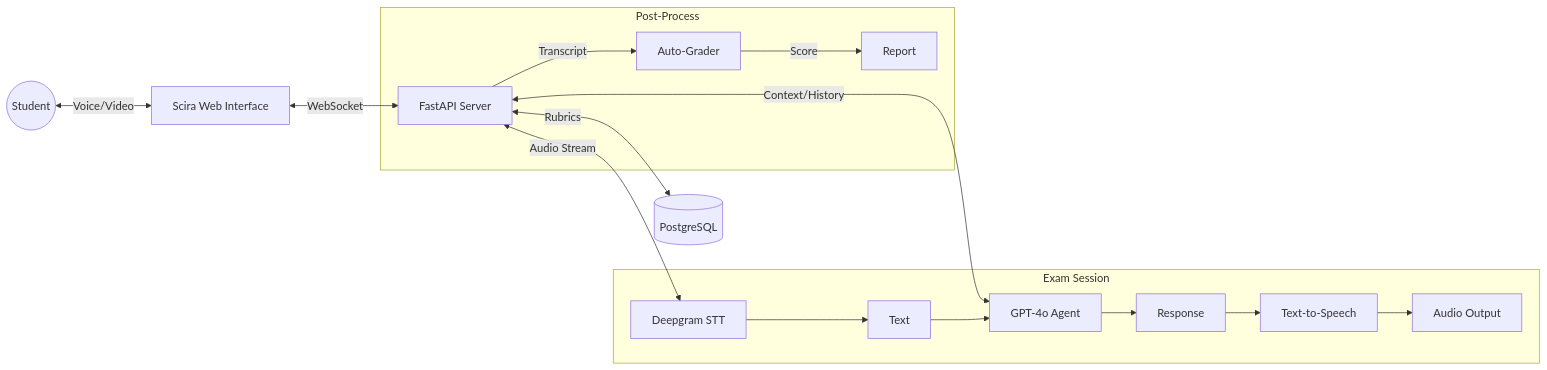
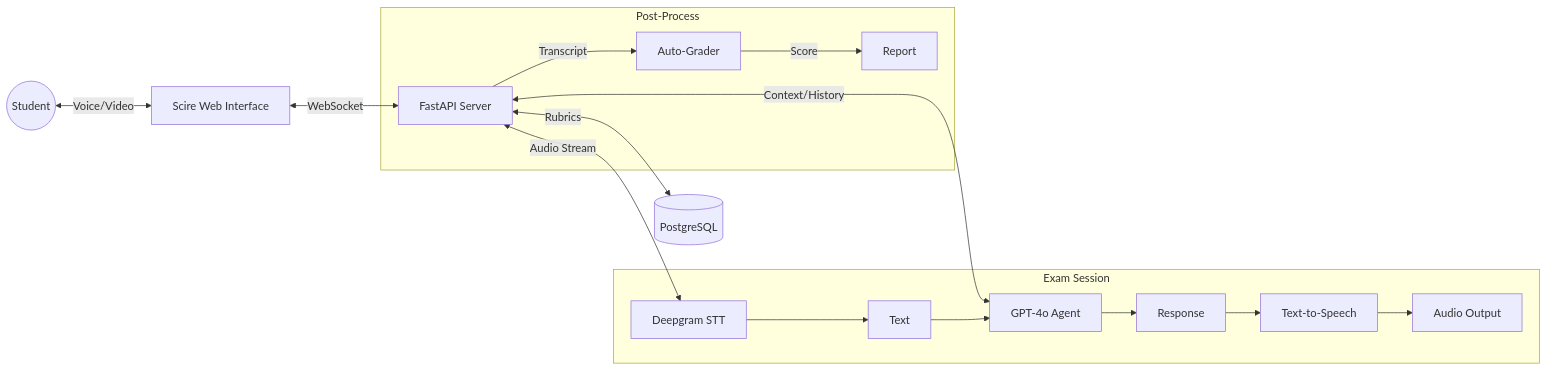
Before and after one commit to anand-mukul/scira-md: the diagram in Project_Report.md, drawn with Mermaid. The commit also changed other lines of this file and 13 other files, not shown here.

````diff
--- a/Project_Report.md
+++ b/Project_Report.md
@@ -104,21 +114,21 @@
 ```mermaid
 graph LR
-    Student((Student)) <-->|Voice/Video| Frontend[Scira Web Interface]
+    Student((Student)) <-->|Voice/Video| Frontend[Scire Web Interface]
     Frontend <-->|WebSocket| Backend[FastAPI Server]
     Backend <-->|Audio Stream| ASR[Deepgram STT]
     Backend <-->|Context/History| LLM[GPT-4o Agent]
     Backend <-->|Rubrics| DB[(PostgreSQL)]
     
     subgraph "Exam Session"
         ASR --> Text
         Text --> LLM
         LLM --> Response
         Response --> TTS[Text-to-Speech]
         TTS --> AudioOut[Audio Output]
     end
     
     subgraph "Post-Process"
         Backend -->|Transcript| Grader[Auto-Grader]
         Grader -->|Score| Report
     end
 ```
````
